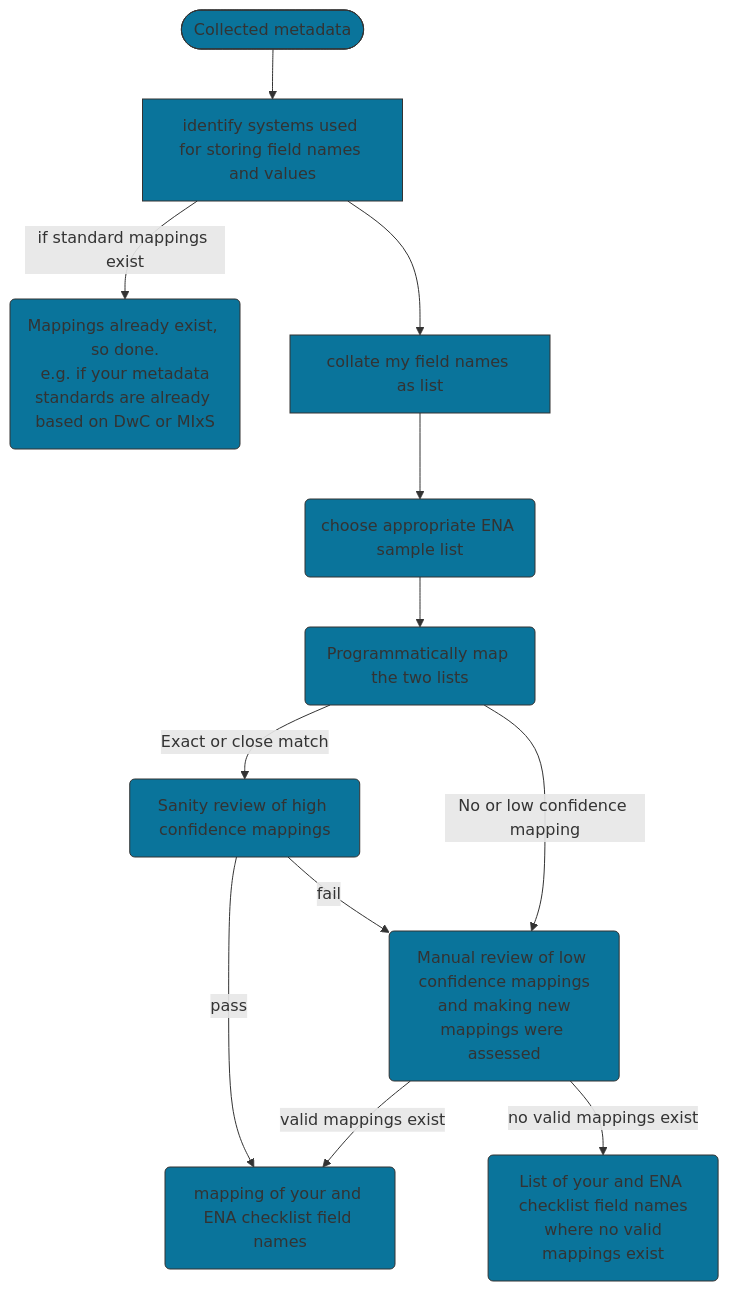
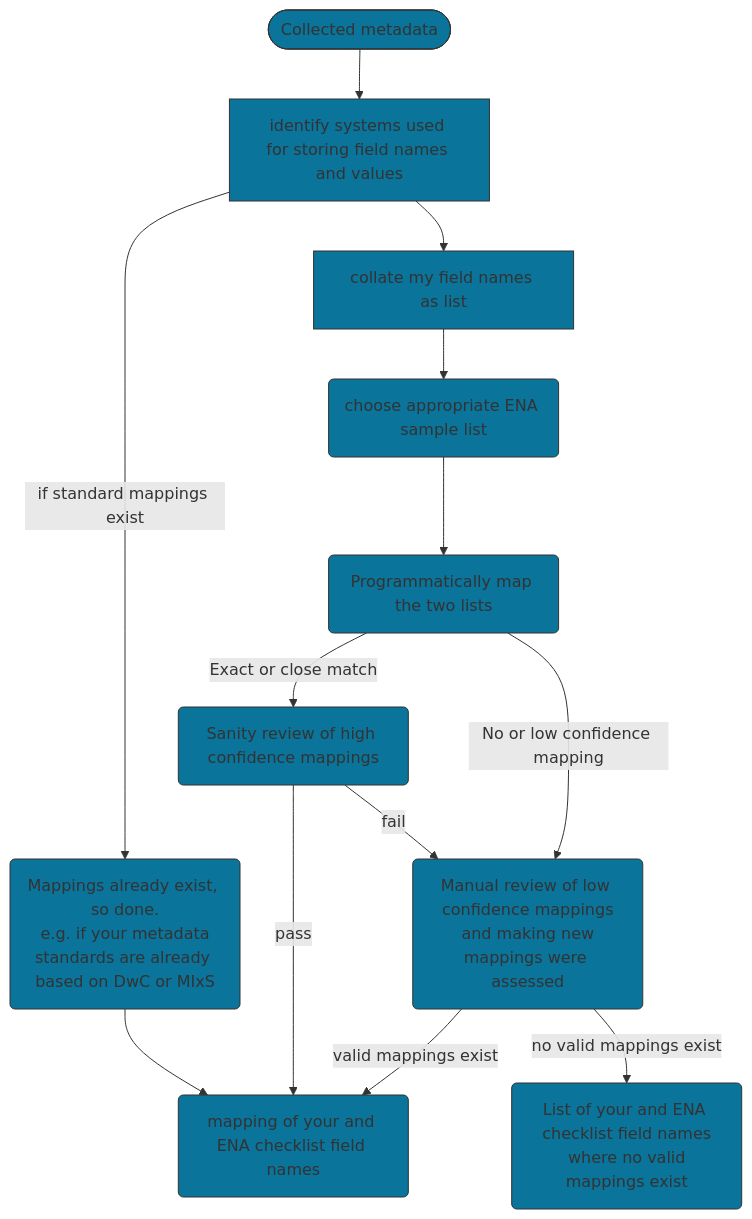
Before and after one commit to Woolly-at-EBI/ChecklistReviews: the first of 4 diagrams in docs/FAIRPLUS_recipes/mapping_sample_metadata2ena_checklist_recipe.md, drawn with Mermaid. The commit also changed other lines of this file, not shown here.

````diff
--- a/docs/FAIRPLUS_recipes/mapping_sample_metadata2ena_checklist_recipe.md
+++ b/docs/FAIRPLUS_recipes/mapping_sample_metadata2ena_checklist_recipe.md
@@ -80,16 +80,19 @@
 ```mermaid
   graph TD; 
       A([Collected metadata])-->mystds["identify systems used for storing field names and values"]
       mystds--"if standard mappings exist"-->mappingsAlreadyExist("Mappings already exist, so done.\n e.g. if your metadata standards are already based on DwC or MIxS")
       mystds-->myCollation["collate my field names as list"]
       myCollation-->ENAChecklist("choose appropriate ENA sample list")
       ENAChecklist-->stringMap("Programmatically map the two lists")
       stringMap--"Exact or close match"-->sanityReview("Sanity review of high confidence mappings")
       
       stringMap--"No or low confidence mapping"-->manualAnalysis("Manual review of low confidence mappings\n and making new mappings were assessed")
       sanityReview--"pass"-->mapping("mapping of your and ENA checklist field names")
       sanityReview--"fail"-->manualAnalysis
       manualAnalysis--"valid mappings exist"-->mapping
+      mappingsAlreadyExist-->mapping
       manualAnalysis--"no valid mappings exist"-->no("List of your and ENA checklist field names\n where no valid mappings exist")
+      
+      
       classDef default fill:#0A749B,stroke:#333,stroke-width:4px;  #blue
 ```
````
